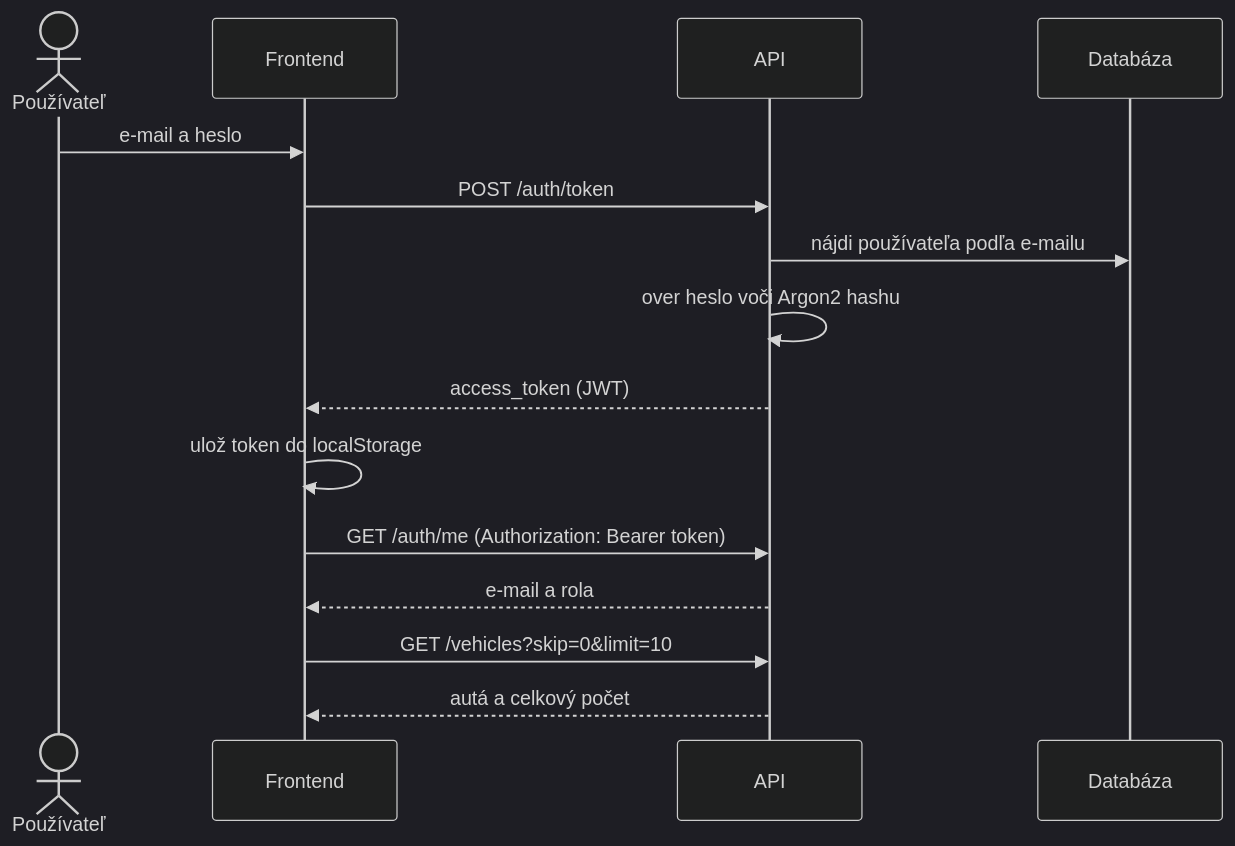
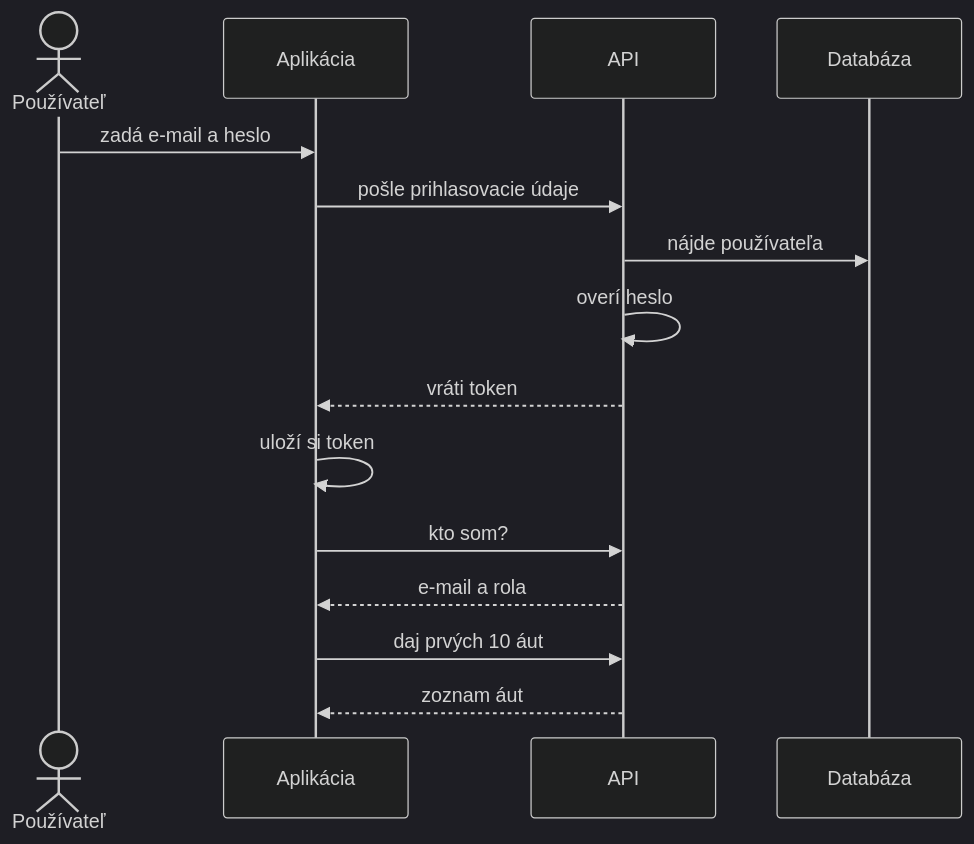
One commit to Matus1232/car-fleet- changed the second of 3 diagrams in README.md. Above: the diagram before and after it, drawn with Mermaid (dark theme). The commit also changed other lines of this file, not shown here.

````diff
--- a/README.md
+++ b/README.md
@@ -50,18 +59,18 @@
 ```mermaid
 sequenceDiagram
     actor U as Používateľ
-    participant F as Frontend
+    participant F as Aplikácia
     participant A as API
     participant D as Databáza
 
-    U->>F: e-mail a heslo
-    F->>A: POST /auth/token
-    A->>D: nájdi používateľa podľa e-mailu
-    A->>A: over heslo voči Argon2 hashu
-    A-->>F: access_token (JWT)
-    F->>F: ulož token do localStorage
-    F->>A: GET /auth/me (Authorization: Bearer token)
+    U->>F: zadá e-mail a heslo
+    F->>A: pošle prihlasovacie údaje
+    A->>D: nájde používateľa
+    A->>A: overí heslo
+    A-->>F: vráti token
+    F->>F: uloží si token
+    F->>A: kto som?
     A-->>F: e-mail a rola
-    F->>A: GET /vehicles?skip=0&limit=10
-    A-->>F: autá a celkový počet
+    F->>A: daj prvých 10 áut
+    A-->>F: zoznam áut
 ```
````
